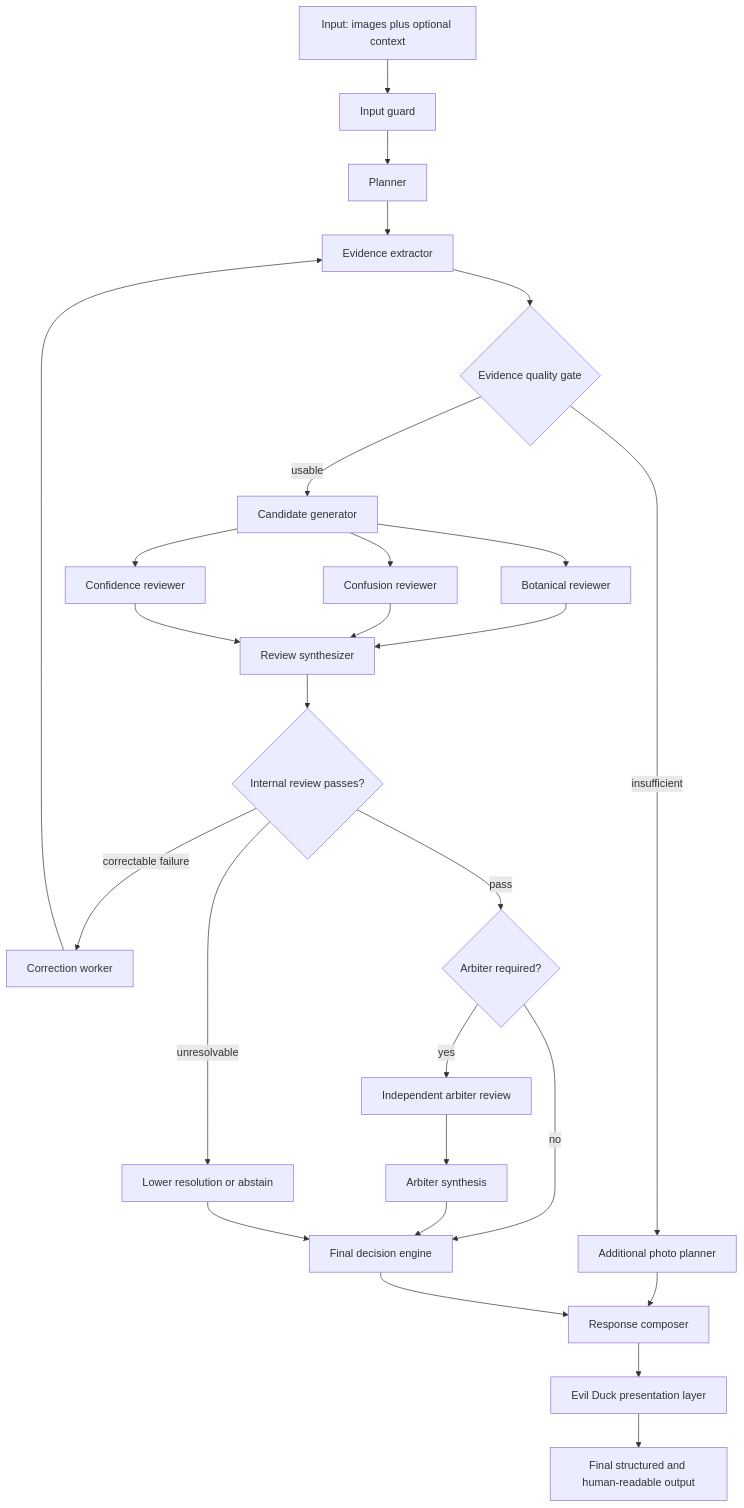
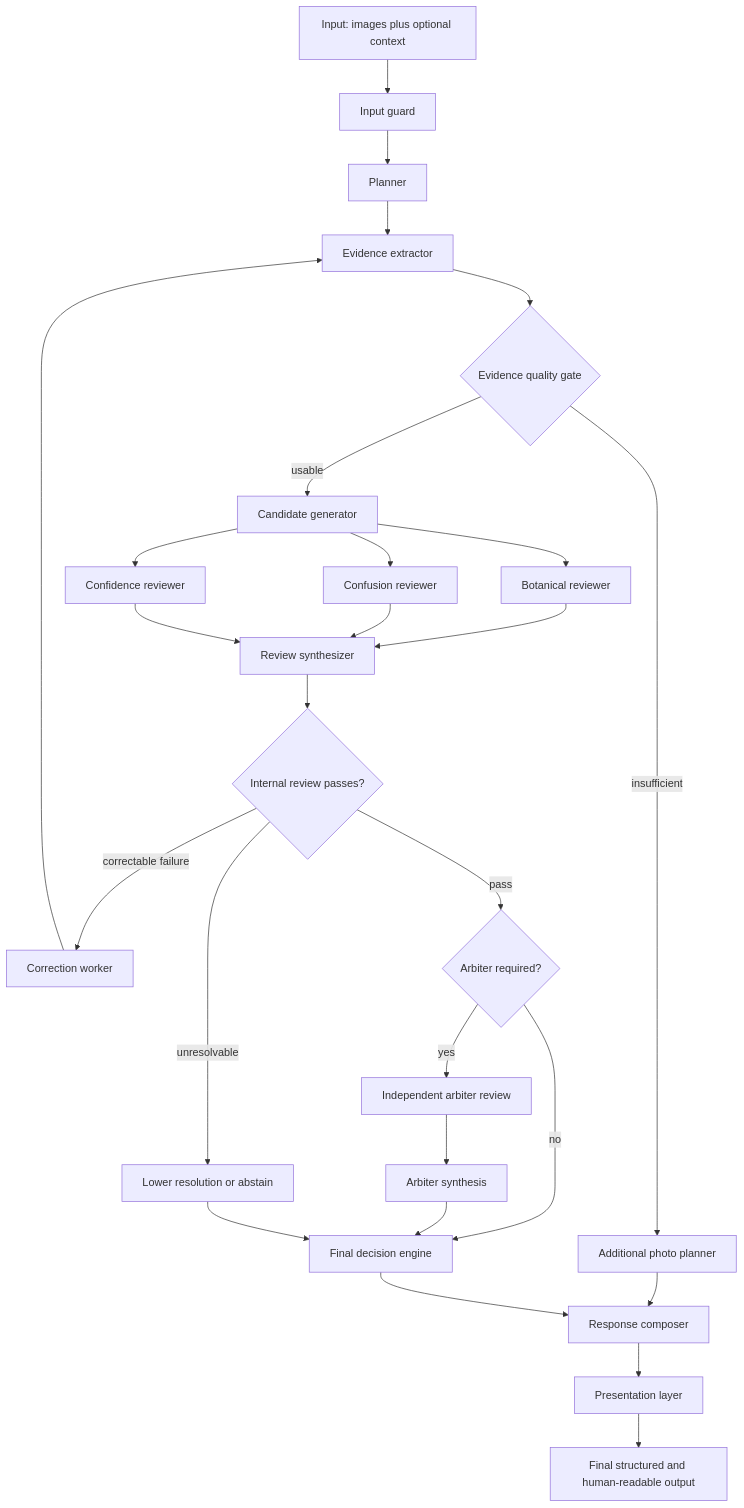
Before and after one commit to Dendro-Inspector/Dendro-Inspector: the diagram in README.md, drawn with Mermaid. The commit also changed other lines of this file and 177 other files, not shown here.

````diff
--- a/README.md
+++ b/README.md
@@ -155,29 +155,29 @@
 ```mermaid
 flowchart TD
     INPUT[Input: images plus optional context] --> GUARD[Input guard]
     GUARD --> PLANNER[Planner]
     PLANNER --> EXTRACTOR[Evidence extractor]
     EXTRACTOR --> QUALITY{Evidence quality gate}
     QUALITY -->|insufficient| PHOTO_PLAN[Additional photo planner]
     PHOTO_PLAN --> RESPONSE[Response composer]
     QUALITY -->|usable| CANDIDATES[Candidate generator]
     CANDIDATES --> BOTANICAL[Botanical reviewer]
     CANDIDATES --> CONFUSION[Confusion reviewer]
     CANDIDATES --> CONFIDENCE[Confidence reviewer]
     BOTANICAL --> REVIEW_SYNTH[Review synthesizer]
     CONFUSION --> REVIEW_SYNTH
     CONFIDENCE --> REVIEW_SYNTH
     REVIEW_SYNTH --> INTERNAL_GATE{Internal review passes?}
     INTERNAL_GATE -->|correctable failure| RETRY[Correction worker]
     RETRY --> EXTRACTOR
     INTERNAL_GATE -->|unresolvable| ABSTAIN[Lower resolution or abstain]
     INTERNAL_GATE -->|pass| ESCALATION{Arbiter required?}
     ESCALATION -->|no| FINAL_DECISION[Final decision engine]
     ESCALATION -->|yes| ARBITER[Independent arbiter review]
     ARBITER --> ARBITER_SYNTH[Arbiter synthesis]
     ARBITER_SYNTH --> FINAL_DECISION
     ABSTAIN --> FINAL_DECISION
     FINAL_DECISION --> RESPONSE
-    RESPONSE --> TONE[Evil Duck presentation layer]
+    RESPONSE --> TONE[Presentation layer]
     TONE --> OUTPUT[Final structured and human-readable output]
 ```
````
